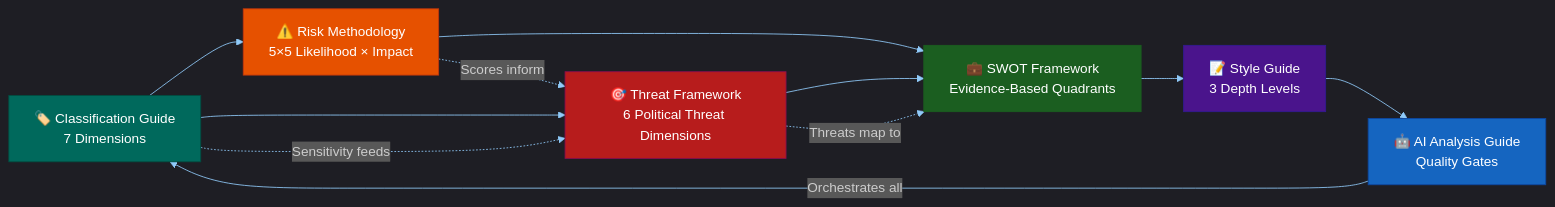
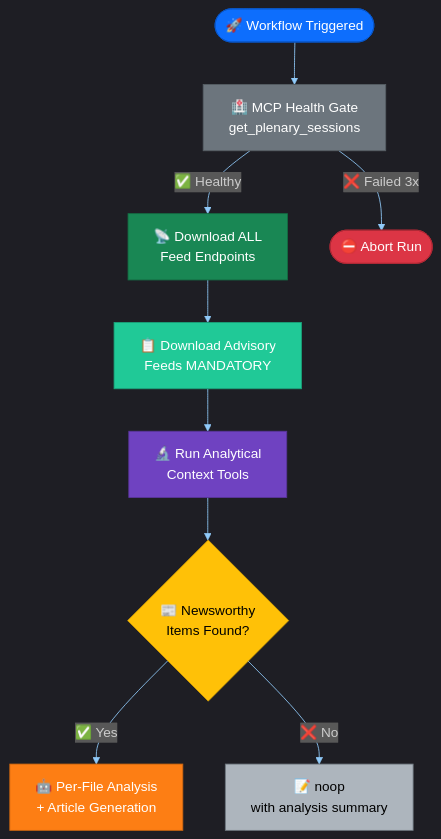
One commit to Hack23/euparliamentmonitor changed the third of 7 diagrams in docs/api/media/README-4.md. Above: the diagram before and after it, drawn with Mermaid. The commit also changed other lines of this file and 1391 other files, not shown here.

````diff
--- a/docs/api/media/README-4.md
+++ b/docs/api/media/README-4.md
@@ -159,21 +354,22 @@
 ```mermaid
 %%{init: {"theme":"dark","themeVariables":{"primaryColor":"#1565C0","primaryTextColor":"#ffffff","primaryBorderColor":"#0A3F7F","lineColor":"#90CAF9","secondaryColor":"#2E7D32","secondaryTextColor":"#ffffff","secondaryBorderColor":"#0F3F00","tertiaryColor":"#FF9800","tertiaryTextColor":"#000000","tertiaryBorderColor":"#7F4F00","mainBkg":"#1565C0","secondBkg":"#2E7D32","tertiaryBkg":"#FF9800","noteBkgColor":"#FFC107","noteTextColor":"#000000","noteBorderColor":"#7F6000","errorBkgColor":"#D32F2F","errorTextColor":"#ffffff","fontFamily":"Inter, Helvetica, Arial, sans-serif","pie1":"#1565C0","pie2":"#2E7D32","pie3":"#FF9800","pie4":"#D32F2F","pie5":"#FFC107","pie6":"#7B1FA2","pie7":"#9E9E9E","pie8":"#0288D1","pie9":"#388E3C","pie10":"#F57C00","pie11":"#C62828","pie12":"#FBC02D","pieTitleTextSize":"18px","pieSectionTextSize":"14px","pieLegendTextSize":"13px","pieStrokeColor":"#1e1e1e","pieOuterStrokeColor":"#1e1e1e","git0":"#1565C0","git1":"#2E7D32","git2":"#FF9800","git3":"#D32F2F","gitBranchLabel0":"#ffffff","gitBranchLabel1":"#ffffff","gitBranchLabel2":"#000000","gitBranchLabel3":"#ffffff","cScale0":"#1565C0","cScale1":"#2E7D32","cScale2":"#FF9800","cScale3":"#D32F2F","cScale4":"#FFC107","cScale5":"#7B1FA2","cScale6":"#9E9E9E","cScale7":"#0288D1","xyChart":{"backgroundColor":"#1e1e1e","plotColorPalette":"#1565C0,#2E7D32,#FF9800,#D32F2F,#FFC107,#7B1FA2,#9E9E9E"}}}}%%
-graph LR
-    CG[🏷️ Classification Guide<br/>7 Dimensions] --> RG[⚠️ Risk Methodology<br/>5×5 Likelihood × Impact]
-    CG --> TF[🎯 Threat Framework<br/>6 Political Threat Dimensions]
-    RG --> SW[💼 SWOT Framework<br/>Evidence-Based Quadrants]
-    TF --> SW
-    SW --> SG[📝 Style Guide<br/>3 Depth Levels]
-    SG --> AI[🤖 AI Analysis Guide<br/>Quality Gates]
-    AI -->|Orchestrates all| CG
-    CG -.->|Sensitivity feeds| TF
-    RG -.->|Scores inform| TF
-    TF -.->|Threats map to| SW
+flowchart TD
+    Start(["🚀 Workflow Triggered"]) --> Health["🏥 MCP Health Gate\nget_plenary_sessions"]
+    Health -->|"✅ Healthy"| Feeds["📡 Download ALL\nFeed Endpoints"]
+    Health -->|"❌ Failed 3x"| Abort(["⛔ Abort Run"])
+    Feeds --> Advisory["📋 Download Advisory\nFeeds MANDATORY"]
+    Advisory --> Analytics["🔬 Run Analytical\nContext Tools"]
+    Analytics --> Gate{"📰 Newsworthy\nItems Found?"}
+    Gate -->|"✅ Yes"| Analyze["🤖 Per-File Analysis\n+ Article Generation"]
+    Gate -->|"❌ No"| Noop["📝 noop\nwith analysis summary"]
 
-    style CG fill:#00695C,stroke:#004D40,color:#FFFFFF
-    style RG fill:#E65100,stroke:#BF360C,color:#FFFFFF
-    style TF fill:#B71C1C,stroke:#880E4F,color:#FFFFFF
-    style SW fill:#1B5E20,stroke:#1B5E20,color:#FFFFFF
-    style SG fill:#4A148C,stroke:#311B92,color:#FFFFFF
-    style AI fill:#1565C0,stroke:#0D47A1,color:#FFFFFF
+    style Start fill:#0d6efd,stroke:#0a58ca,color:#fff
+    style Health fill:#6c757d,stroke:#565e64,color:#fff
+    style Feeds fill:#198754,stroke:#146c43,color:#fff
+    style Advisory fill:#20c997,stroke:#1aa179,color:#fff
+    style Analytics fill:#6f42c1,stroke:#59359a,color:#fff
+    style Gate fill:#ffc107,stroke:#cc9a06,color:#000
+    style Analyze fill:#fd7e14,stroke:#ca6510,color:#fff
+    style Noop fill:#adb5bd,stroke:#6c757d,color:#000
+    style Abort fill:#dc3545,stroke:#b02a37,color:#fff
 ```
````
